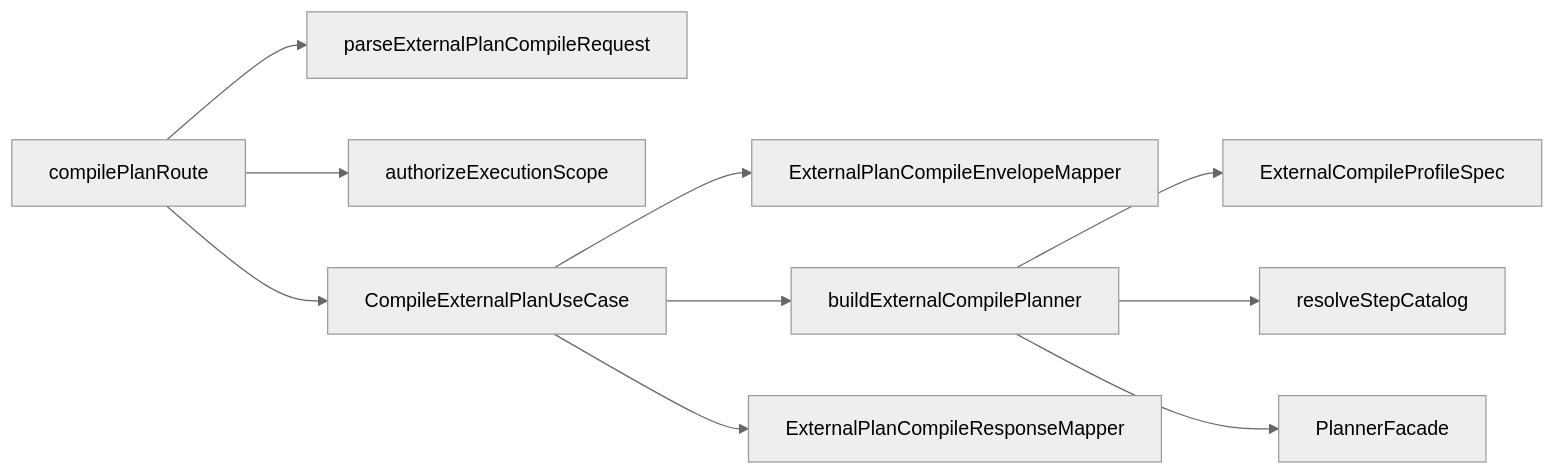
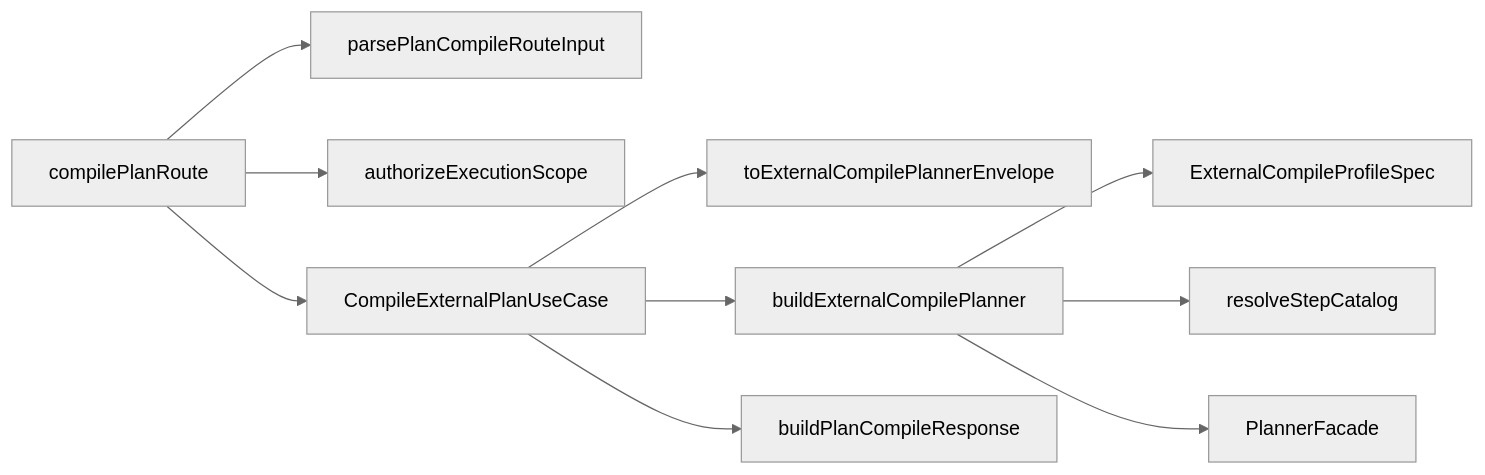
The third of 7 diagrams in docs/guides/external-compile-target-architecture-technical-manual-20260417.md (dunay2/dvt), drawn with Mermaid (neutral theme) before and after one commit. The commit also changed other lines of this file and 54 other files, not shown here.

Commit message:
refactor(api): Split plan route and compile boundary seams

````diff
--- a/docs/guides/external-compile-target-architecture-technical-manual-20260417.md
+++ b/docs/guides/external-compile-target-architecture-technical-manual-20260417.md
@@ -137,23 +137,23 @@
 ```mermaid
 flowchart LR
   Route["compilePlanRoute"]
-  Parser["parseExternalPlanCompileRequest"]
+  Parser["parsePlanCompileRouteInput"]
   Auth["authorizeExecutionScope"]
   UseCase["CompileExternalPlanUseCase"]
-  Envelope["ExternalPlanCompileEnvelopeMapper"]
+  Envelope["toExternalCompilePlannerEnvelope"]
   Profile["ExternalCompileProfileSpec"]
   Resolver["resolveStepCatalog"]
   Builder["buildExternalCompilePlanner"]
   Planner["PlannerFacade"]
-  Presenter["ExternalPlanCompileResponseMapper"]
+  Presenter["buildPlanCompileResponse"]
 
   Route --> Parser
   Route --> Auth
   Route --> UseCase
   UseCase --> Envelope
   UseCase --> Builder
   Builder --> Profile
   Builder --> Resolver
   Builder --> Planner
   UseCase --> Presenter
 ```
````
